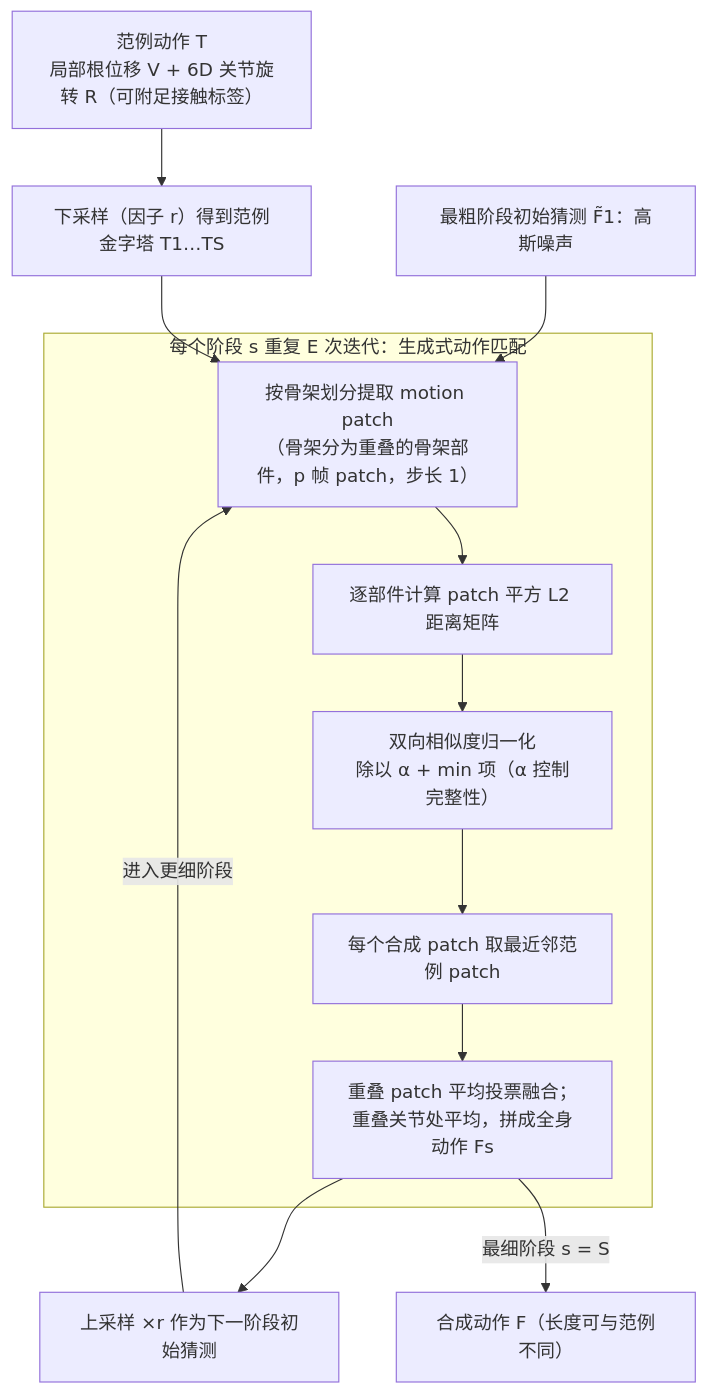
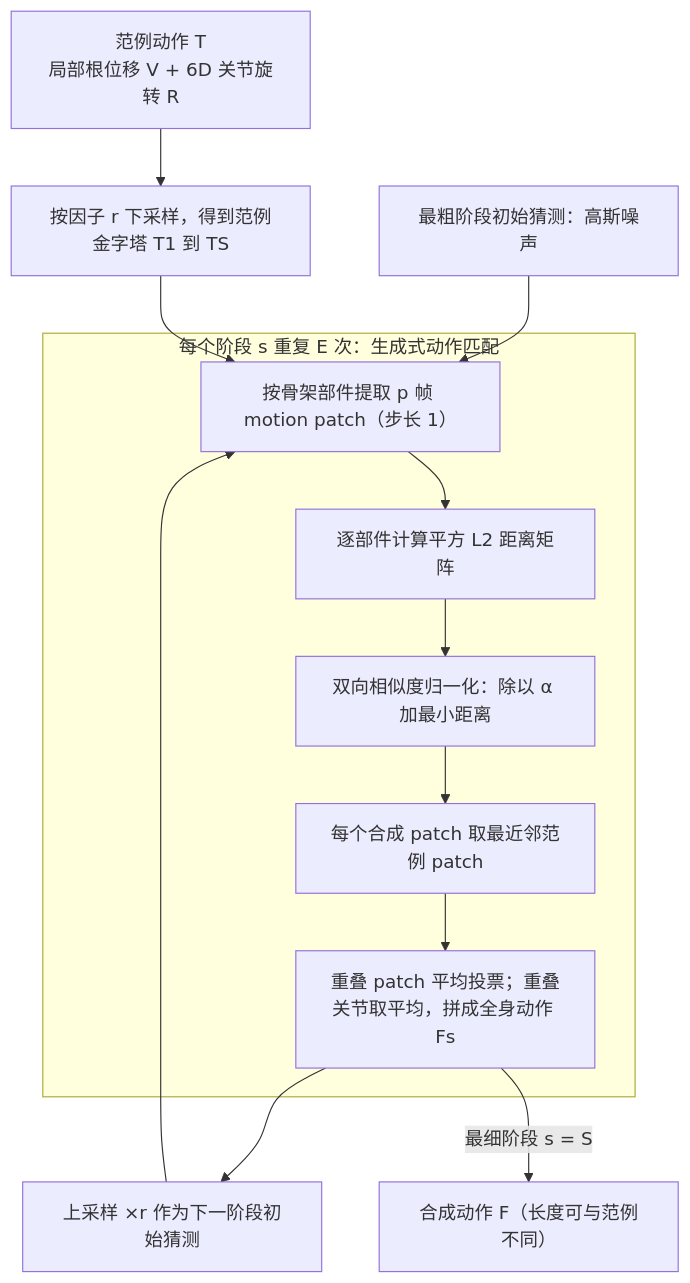
The diagram in wiki/entities/paper-notebook-example-based-motion-synthesis-via-generative-mo.md (ImChong/Robotics_Notebooks), drawn with Mermaid before and after one commit. The commit also changed other lines of this file and 3 other files, not shown here.

````diff
--- a/wiki/entities/paper-notebook-example-based-motion-synthesis-via-generative-mo.md
+++ b/wiki/entities/paper-notebook-example-based-motion-synthesis-via-generative-mo.md
@@ -43,15 +52,15 @@
 ```mermaid
 flowchart TD
-    EX["范例动作 T<br/>局部根位移 V + 6D 关节旋转 R（可附足接触标签）"] --> PYR["下采样（因子 r）得到范例金字塔 T1…TS"]
-    NOISE["最粗阶段初始猜测 F̃1：高斯噪声"] --> GMM
+    EX["范例动作 T<br/>局部根位移 V + 6D 关节旋转 R"] --> PYR["按因子 r 下采样，得到范例金字塔 T1 到 TS"]
+    NOISE["最粗阶段初始猜测：高斯噪声"] --> GMM
     PYR --> GMM
-    subgraph STG["每个阶段 s 重复 E 次迭代：生成式动作匹配"]
-        GMM["按骨架划分提取 motion patch<br/>（骨架分为重叠的骨架部件，p 帧 patch，步长 1）"] --> DIST["逐部件计算 patch 平方 L2 距离矩阵"]
-        DIST --> NORM["双向相似度归一化<br/>除以 α + min 项（α 控制完整性）"]
+    subgraph STG["每个阶段 s 重复 E 次：生成式动作匹配"]
+        GMM["按骨架部件提取 p 帧 motion patch（步长 1）"] --> DIST["逐部件计算平方 L2 距离矩阵"]
+        DIST --> NORM["双向相似度归一化：除以 α 加最小距离"]
         NORM --> NN["每个合成 patch 取最近邻范例 patch"]
-        NN --> BLD["重叠 patch 平均投票融合；<br/>重叠关节处平均，拼成全身动作 Fs"]
+        NN --> BLD["重叠 patch 平均投票；重叠关节取平均，拼成全身动作 Fs"]
     end
     BLD --> UP["上采样 ×r 作为下一阶段初始猜测"]
-    UP -->|"进入更细阶段"| GMM
+    UP --> GMM
     BLD -->|"最细阶段 s = S"| OUT["合成动作 F（长度可与范例不同）"]
 ```
````
